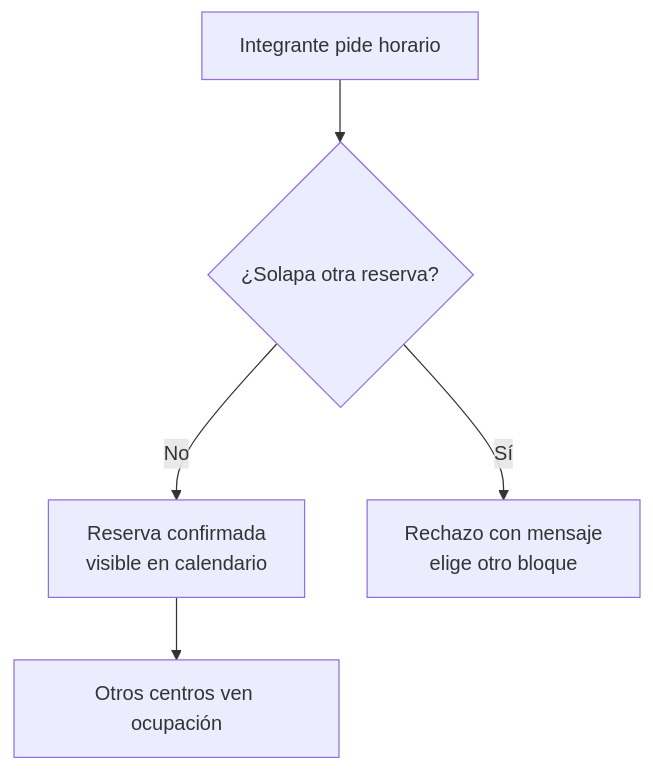
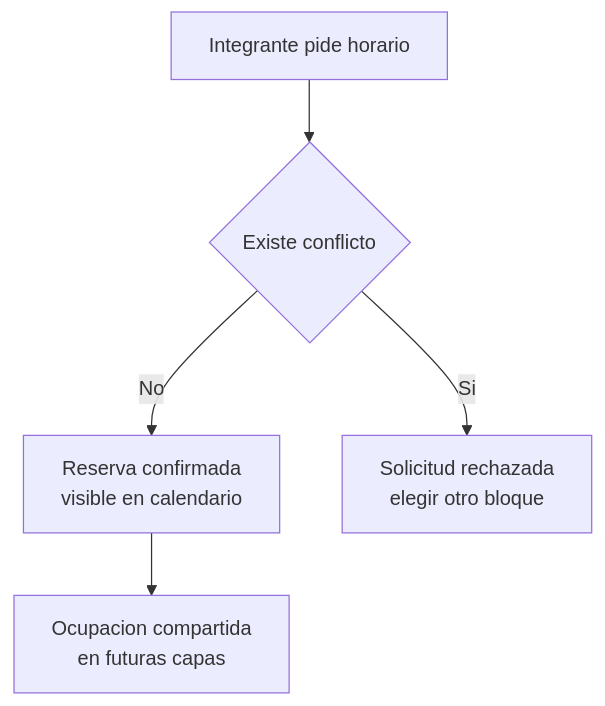
The tenth of 16 diagrams in README.md (JackStar6677-1/CCAACalendar), drawn with Mermaid before and after one commit. The commit also changed other lines of this file, not shown here.

Commit message:
docs: corrige diagramas y actualiza estado del piloto

````diff
--- a/README.md
+++ b/README.md
@@ -244,7 +119,7 @@
 ```mermaid
-flowchart TB
-    A[Integrante pide horario] --> B{¿Solapa otra reserva?}
-    B -->|No| C[Reserva confirmada\nvisible en calendario]
-    B -->|Sí| D[Rechazo con mensaje\nelige otro bloque]
-    C --> E[Otros centros ven ocupación]
+graph TD
+    A["Integrante pide horario"] --> B{"Existe conflicto"}
+    B -->|"No"| C["Reserva confirmada<br/>visible en calendario"]
+    B -->|"Si"| D["Solicitud rechazada<br/>elegir otro bloque"]
+    C --> E["Ocupacion compartida<br/>en futuras capas"]
 ```
````
